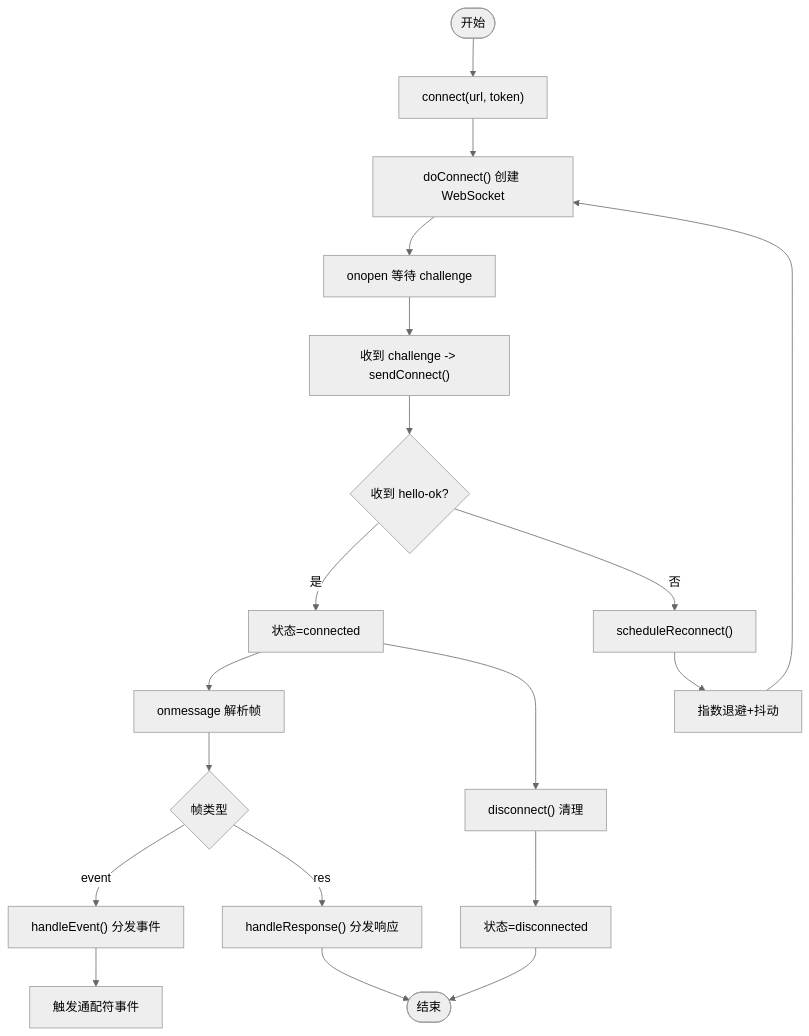
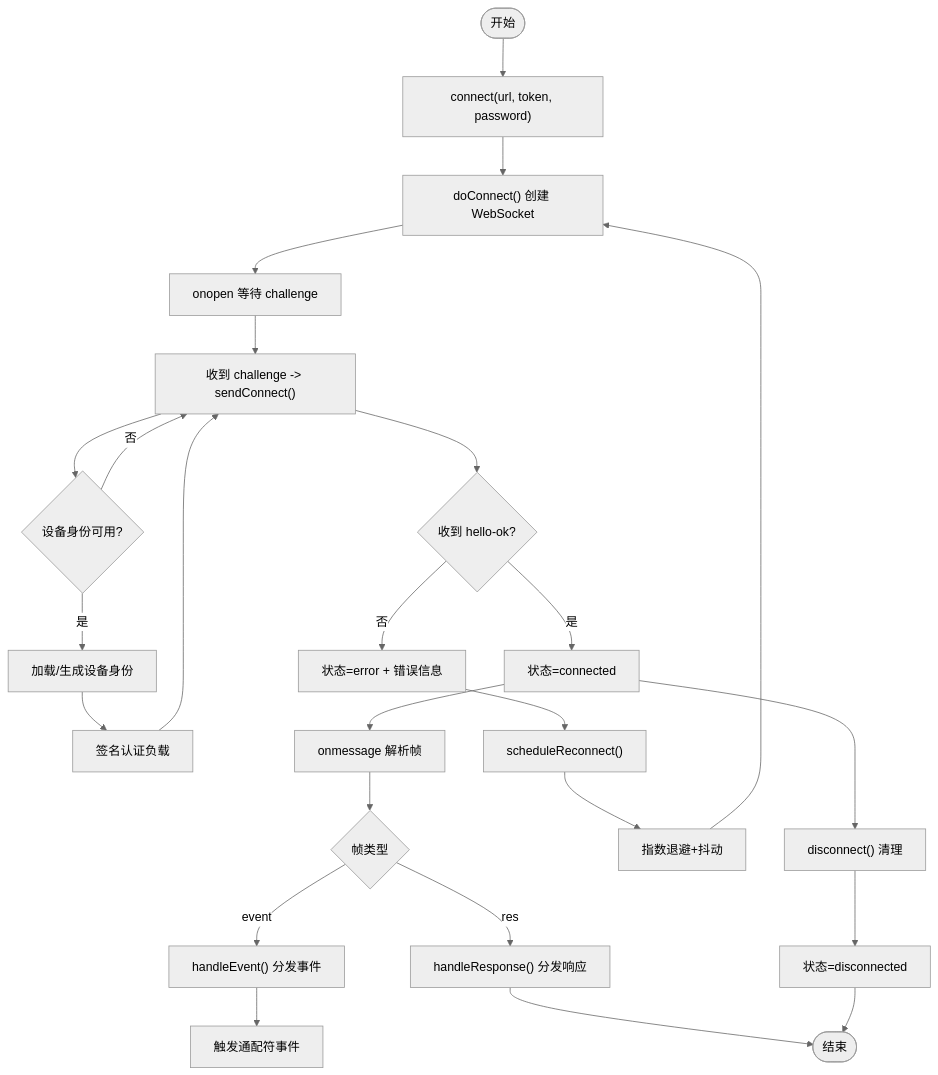
The fifth of 11 diagrams in .qoder/repowiki/zh/content/网关通信层/网关通信层.md (WW-AI-Lab/openclaw-office), drawn with Mermaid (neutral theme) before and after one commit. The commit also changed other lines of this file and 9 other files, not shown here.

````diff
--- a/.qoder/repowiki/zh/content/网关通信层/网关通信层.md
+++ b/.qoder/repowiki/zh/content/网关通信层/网关通信层.md
@@ -270,21 +309,27 @@
 ```mermaid
 flowchart TD
-Start(["开始"]) --> Connect["connect(url, token)"]
+Start(["开始"]) --> Connect["connect(url, token, password)"]
 Connect --> DoConnect["doConnect() 创建 WebSocket"]
 DoConnect --> OnOpen["onopen 等待 challenge"]
 OnOpen --> SendConnect["收到 challenge -> sendConnect()"]
+SendConnect --> DeviceAuth{"设备身份可用?"}
+DeviceAuth --> |是| LoadDevice["加载/生成设备身份"]
+LoadDevice --> SignPayload["签名认证负载"]
+SignPayload --> SendConnect
+DeviceAuth --> |否| SendConnect
 SendConnect --> HelloOk{"收到 hello-ok?"}
 HelloOk --> |是| Connected["状态=connected"]
-HelloOk --> |否| Reconnect["scheduleReconnect()"]
+HelloOk --> |否| ErrorStatus["状态=error + 错误信息"]
 Connected --> OnMessage["onmessage 解析帧"]
 OnMessage --> Type{"帧类型"}
 Type --> |event| HandleEvent["handleEvent() 分发事件"]
 Type --> |res| HandleRes["handleResponse() 分发响应"]
 HandleEvent --> Wildcard["触发通配符事件"]
 HandleRes --> Done(["结束"])
-Reconnect --> Delay["指数退避+抖动"]
+ErrorStatus --> ScheduleReconnect["scheduleReconnect()"]
+ScheduleReconnect --> Delay["指数退避+抖动"]
 Delay --> DoConnect
 Connected --> Close["disconnect() 清理"]
 Close --> Disconnected["状态=disconnected"]
 Disconnected --> Done
 ```
````
